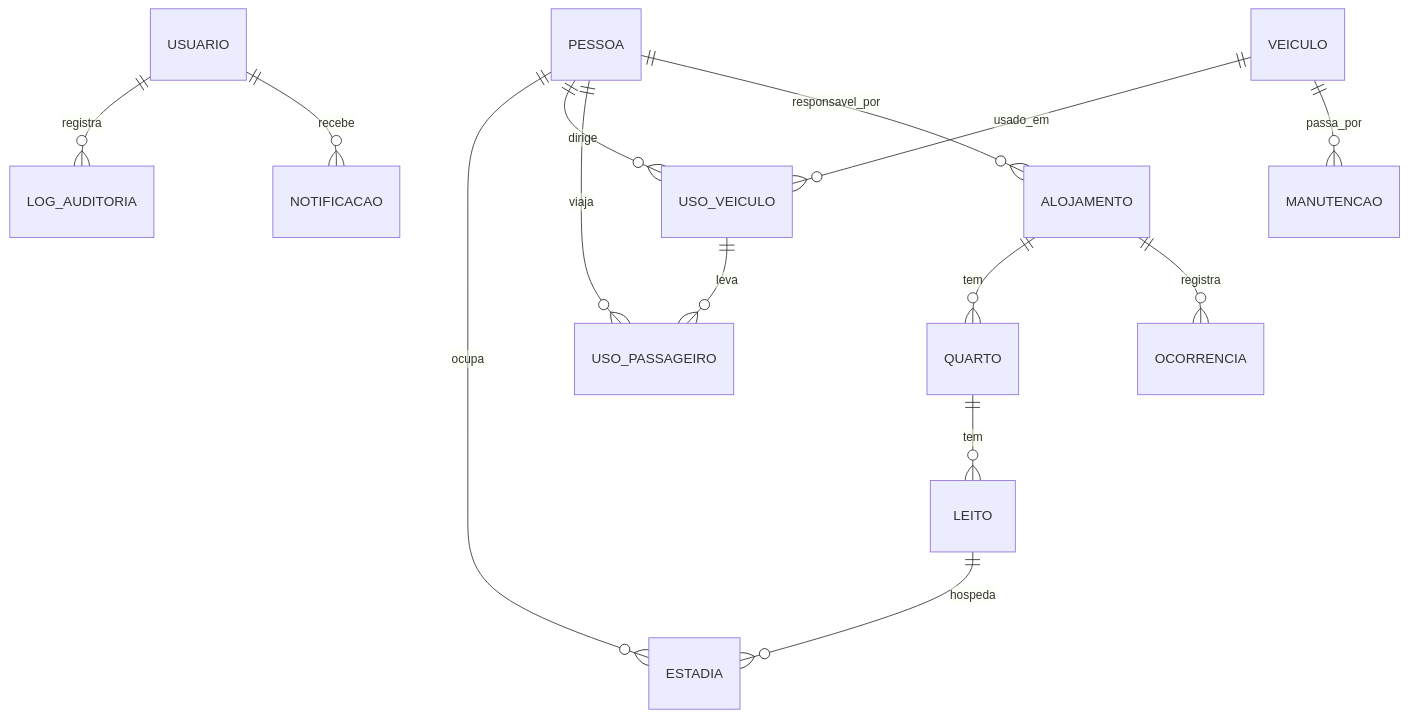
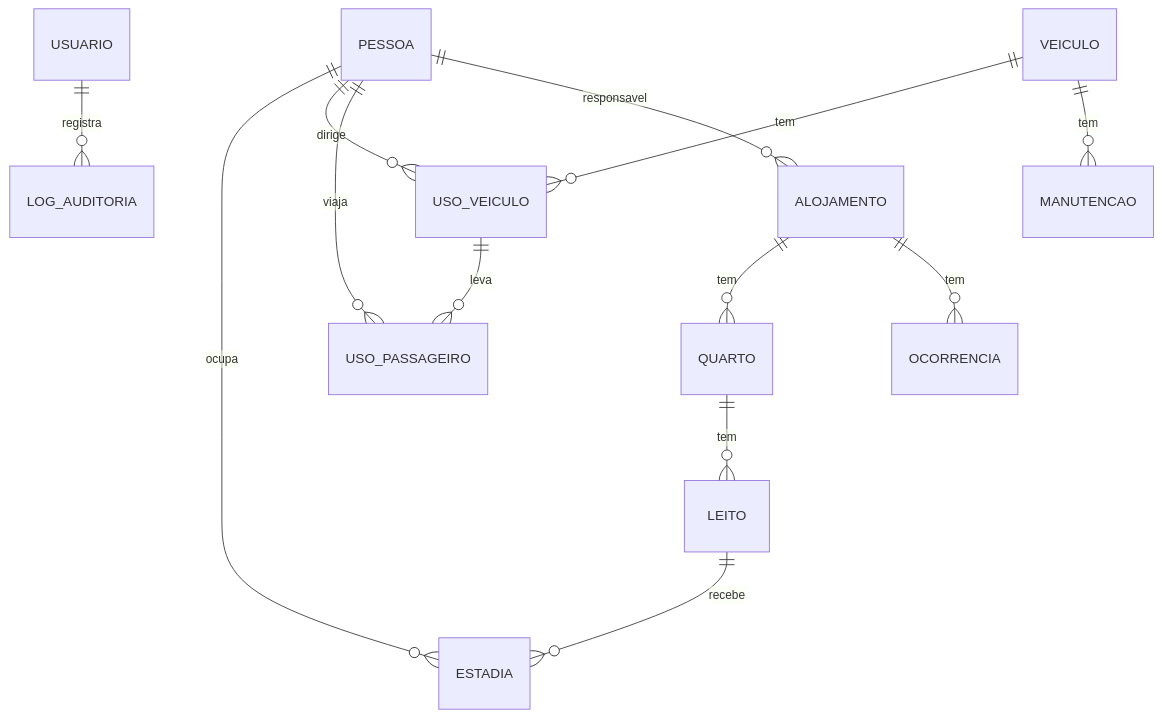
One commit to antoniossalomao/Dispatch_devcore changed the second of 2 diagrams in docs/planejamento.md. Above: the diagram before and after it, drawn with Mermaid. The commit also changed other lines of this file and 6 other files, not shown here.

First line of the commit message:
feat: initialize server with database setup and schema

````diff
--- a/docs/planejamento.md
+++ b/docs/planejamento.md
@@ -292,16 +180,15 @@
 ```mermaid
 erDiagram
     USUARIO ||--o{ LOG_AUDITORIA : registra
-    USUARIO ||--o{ NOTIFICACAO : recebe
     PESSOA ||--o{ ESTADIA : ocupa
     PESSOA ||--o{ USO_VEICULO : dirige
     PESSOA ||--o{ USO_PASSAGEIRO : viaja
-    PESSOA ||--o{ ALOJAMENTO : responsavel_por
+    PESSOA ||--o{ ALOJAMENTO : responsavel
     ALOJAMENTO ||--o{ QUARTO : tem
-    ALOJAMENTO ||--o{ OCORRENCIA : registra
+    ALOJAMENTO ||--o{ OCORRENCIA : tem
     QUARTO ||--o{ LEITO : tem
-    LEITO ||--o{ ESTADIA : hospeda
-    VEICULO ||--o{ USO_VEICULO : usado_em
-    VEICULO ||--o{ MANUTENCAO : passa_por
+    LEITO ||--o{ ESTADIA : recebe
+    VEICULO ||--o{ USO_VEICULO : tem
+    VEICULO ||--o{ MANUTENCAO : tem
     USO_VEICULO ||--o{ USO_PASSAGEIRO : leva
 ```
````
